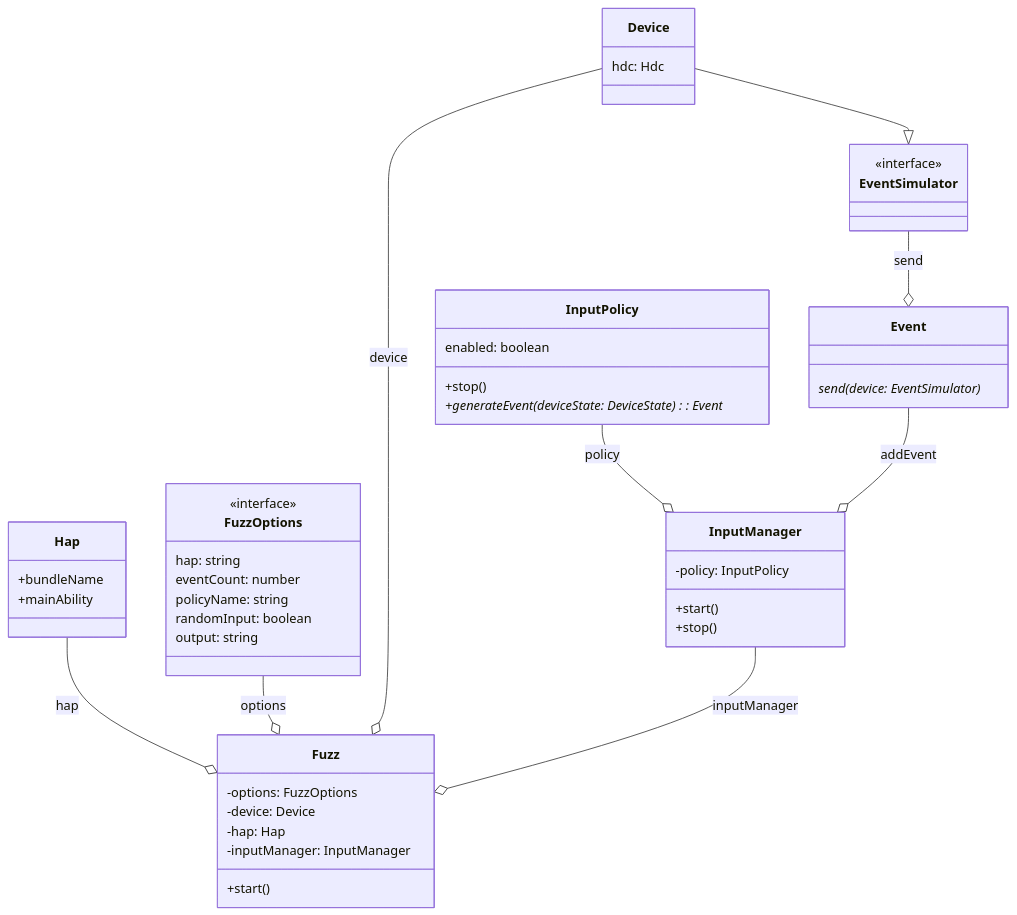
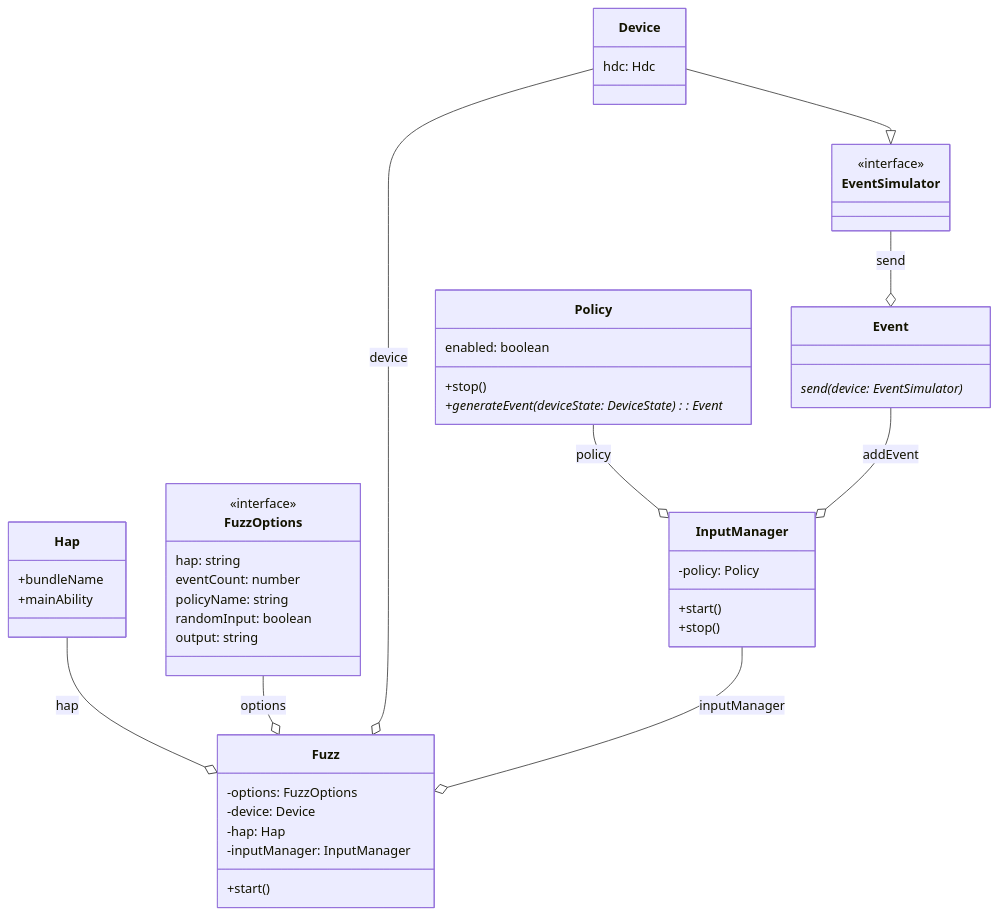
One commit to SMAT-Lab/HapTest changed the diagram in doc/system_classes.md. Above: the diagram before and after it, drawn with Mermaid. The commit also changed 16 other files, not shown here.

````diff
--- a/doc/system_classes.md
+++ b/doc/system_classes.md
@@ -1,60 +1,60 @@
 ```Mermaid
 classDiagram
     class FuzzOptions {
         hap: string
         eventCount: number
         policyName: string
         randomInput: boolean
         output: string
     }
     <<interface>> FuzzOptions
 
     class Fuzz {
         -options: FuzzOptions
         -device: Device
         -hap: Hap
         -inputManager: InputManager
 
         +start()
     }
 
     class Hap {
         +bundleName
         +mainAbility
     }
 
     class EventSimulator {
 
     }
     <<interface>> EventSimulator
 
     class Device {
         hdc: Hdc
     }
 
     class InputManager {
-        -policy: InputPolicy
+        -policy: Policy
         +start()
         +stop()
     }
 
-    class InputPolicy {
+    class Policy {
         enabled: boolean
         +stop()
         +generateEvent(deviceState: DeviceState): Event*
     }
 
     class Event {
         send(device: EventSimulator)*
     }
 
     Device  --|>  EventSimulator
     Hap --o Fuzz: hap
     FuzzOptions --o Fuzz: options
     Device --o Fuzz: device
     InputManager --o Fuzz: inputManager
-    InputPolicy --o InputManager: policy
+    Policy --o InputManager: policy
 
     Event --o InputManager: addEvent
     EventSimulator --o Event: send
 ```
````
